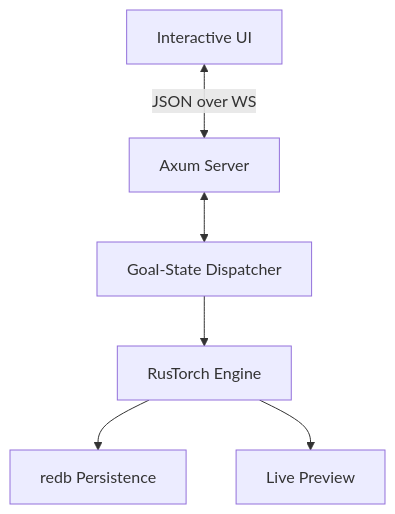
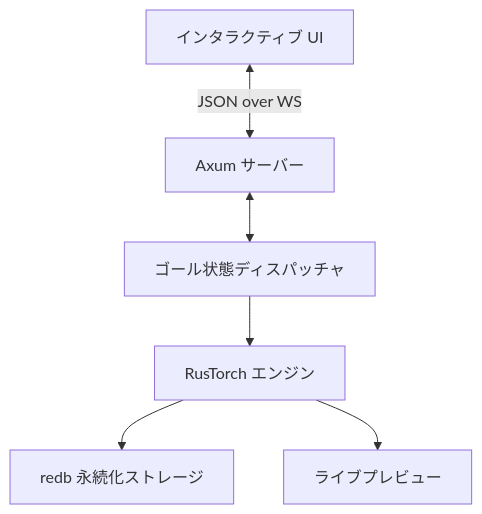
The diagram in README.md (tasaburoyamada/NebulaCanvas), drawn with Mermaid before and after one commit. The commit also changed other lines of this file and 2 other files, not shown here.

````diff
--- a/README.md
+++ b/README.md
@@ -38,8 +38,8 @@
 ```mermaid
 graph TD
-    A[Interactive UI] <-->|JSON over WS| B[Axum Server]
-    B <--> C[Goal-State Dispatcher]
-    C --> D[RusTorch Engine]
-    D --> E[redb Persistence]
-    D --> F[Live Preview]
+    A[インタラクティブ UI] <-->|JSON over WS| B[Axum サーバー]
+    B <--> C[ゴール状態ディスパッチャ]
+    C --> D[RusTorch エンジン]
+    D --> E[redb 永続化ストレージ]
+    D --> F[ライブプレビュー]
 ```
````
